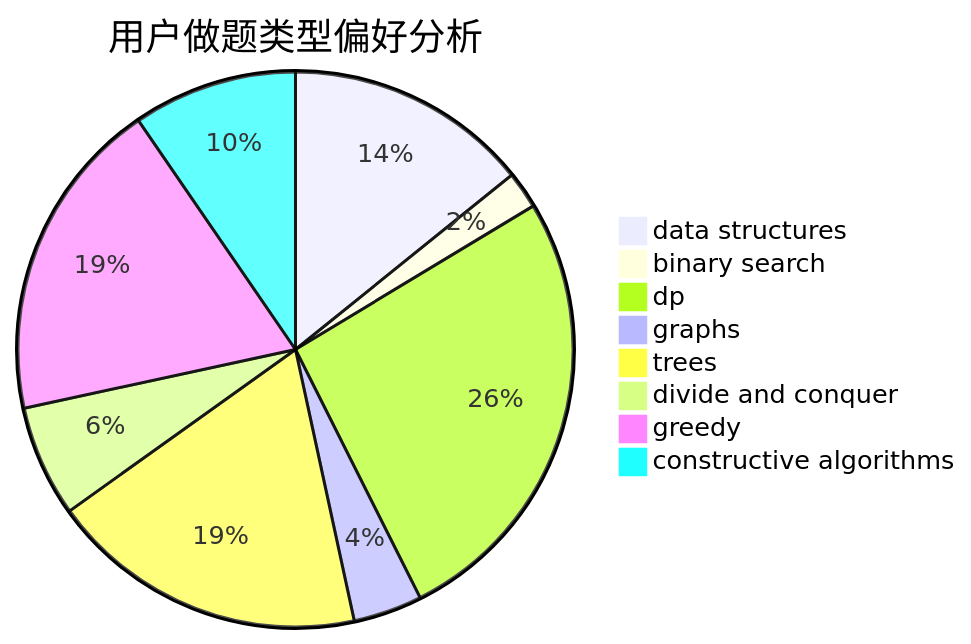
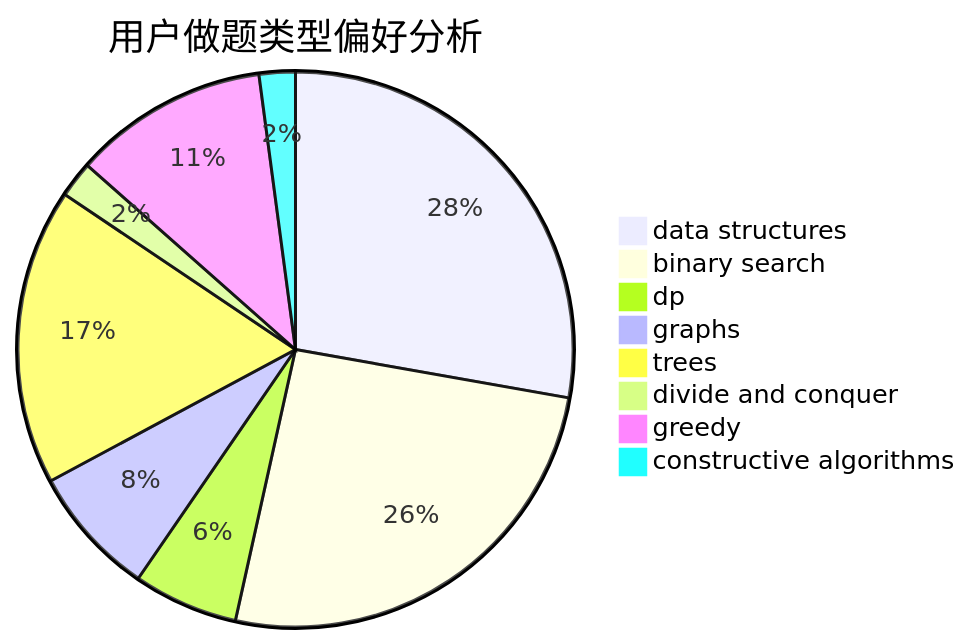
Before and after one commit to sherpahu/cfrs.github.io: the second of 3 diagrams in docs/user/u1166.md, drawn with Mermaid. The commit also changed other lines of this file and 2770 other files, not shown here.

````diff
--- a/docs/user/u1166.md
+++ b/docs/user/u1166.md
@@ -23,11 +23,11 @@
 ```mermaid
 pie title 用户做题类型偏好分析
-    "data structures" :  46
-    "binary search" :  7
-    "dp" :  85
-    "graphs" :  13
-    "trees" :  60
-    "divide and conquer" :  21
-    "greedy" :  61
-    "constructive algorithms" :  31
+    "data structures" :  132
+    "binary search" :  122
+    "dp" :  29
+    "graphs" :  36
+    "trees" :  82
+    "divide and conquer" :  10
+    "greedy" :  54
+    "constructive algorithms" :  10
 ```
````
